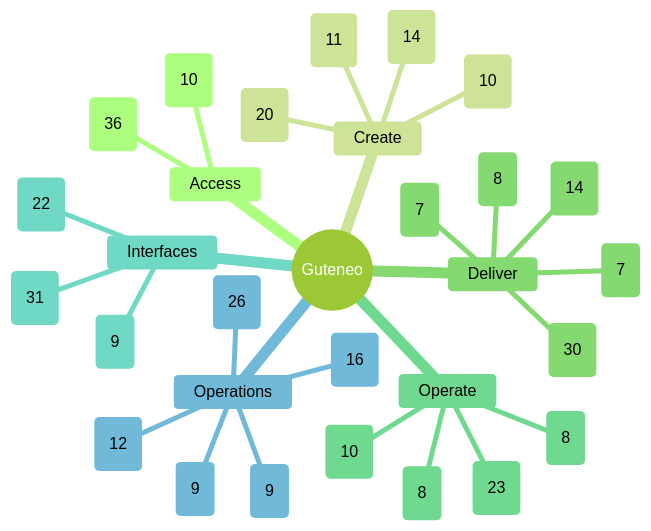
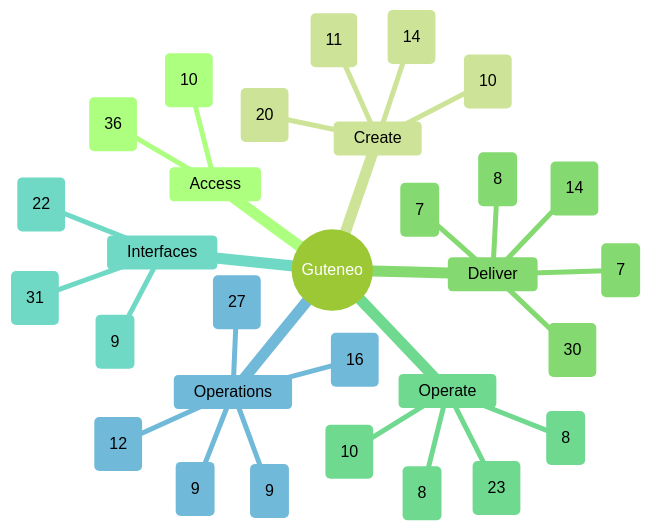
The diagram in docs/FEATURE_MAP.md (nclsppr/guteneo), drawn with Mermaid (forest theme) before and after one commit. The commit also changed other lines of this file and 22 other files, not shown here.

````diff
--- a/docs/FEATURE_MAP.md
+++ b/docs/FEATURE_MAP.md
@@ -13,33 +13,33 @@
 ```mermaid
 mindmap
   root((Guteneo))
     Access
       Access and identity (36)
       Team and responsibilities (10)
     Create
       Documents and protection (20)
       Template studio (14)
       Data and mappings (10)
       PDF generation and distribution (11)
     Deliver
       Fax (7)
       Postal mail (8)
       Email and protected links (14)
       Sensitive distribution and personal documents (30)
       Dispatch dry run (7)
     Operate
       Campaigns and tracking (8)
       Credits and billing (8)
       Workspace layout and browser appearance (23)
       PDF verification (10)
     Interfaces
       Assistants and API (31)
       iPhone and iPad (9)
       Public pages, languages and appearance (22)
     Operations
       Reviewer OAuth qualification (9)
-      Operations and reliability (26)
+      Operations and reliability (27)
       Belvédère platform oversight (9)
       Public service status (16)
       Engineering documentation (12)
 ```
````
